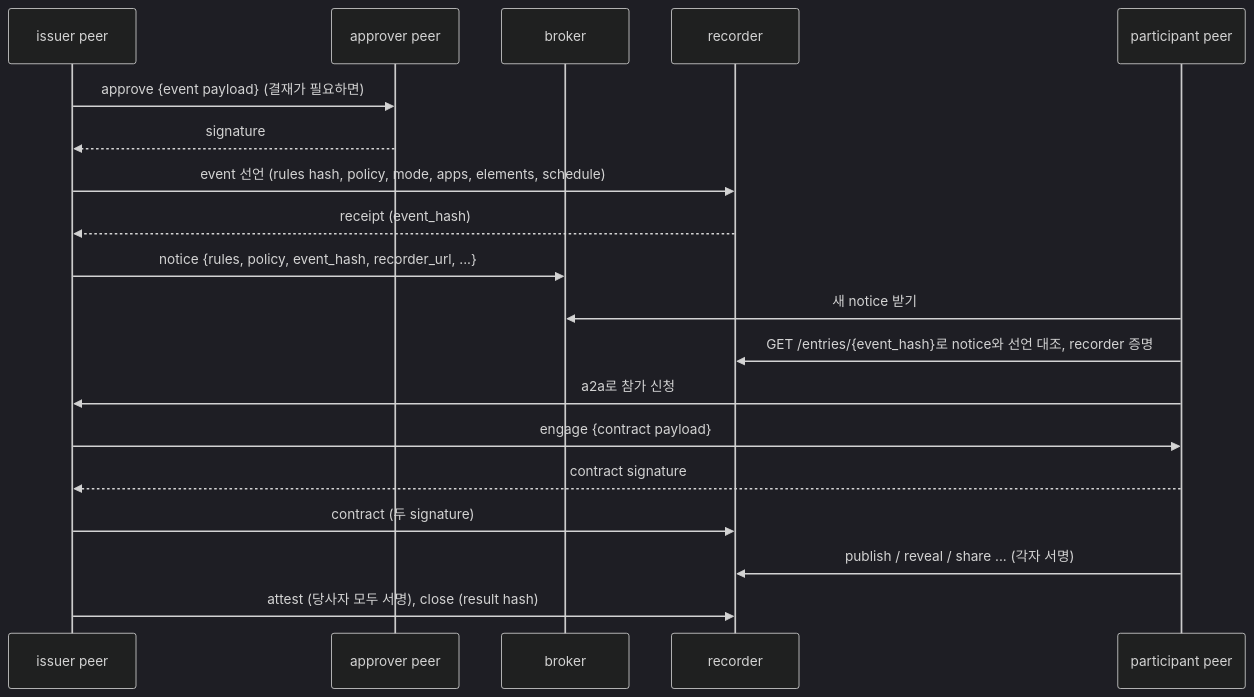
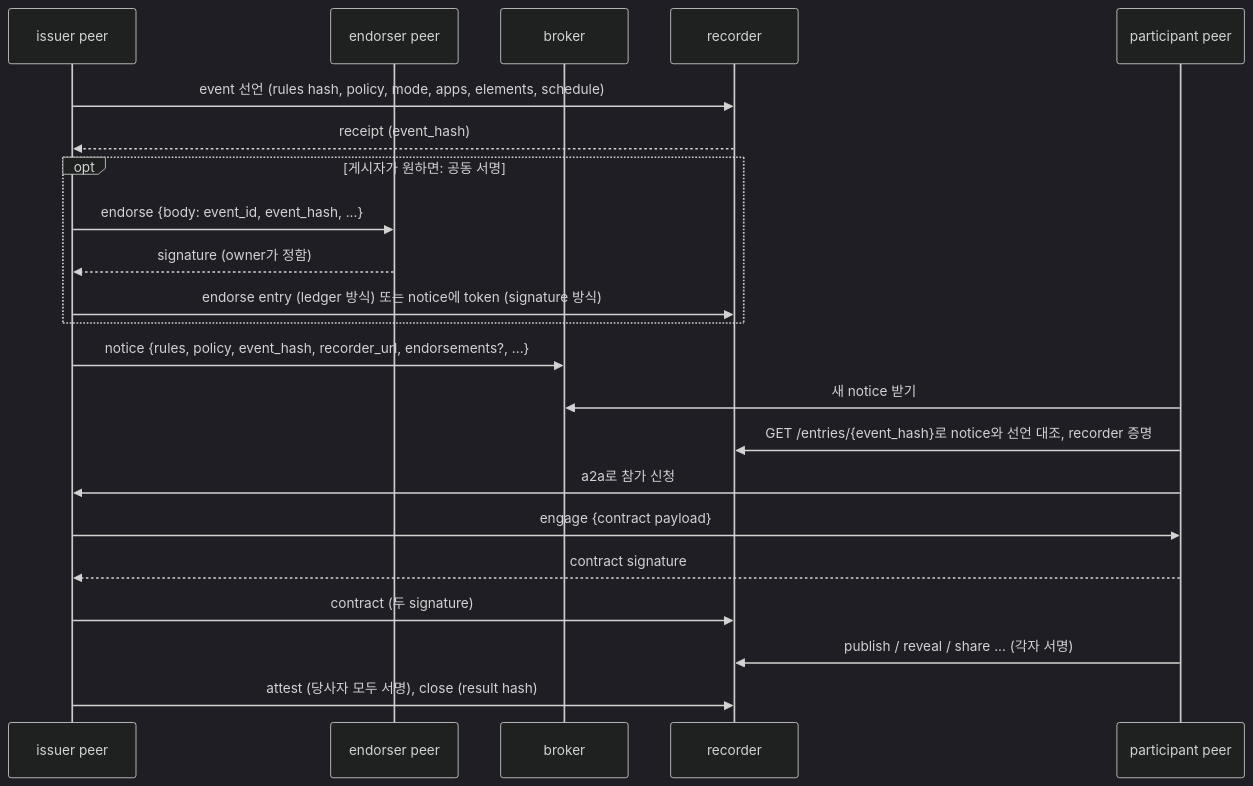
Diagram 16 of 33 in docs/education.md (tanminkwan/share-ur-tokens), drawn with Mermaid (dark theme) before and after one commit. The commit also changed other lines of this file and 43 other files, not shown here.

````diff
--- a/docs/education.md
+++ b/docs/education.md
@@ -419,21 +419,24 @@
 ```mermaid
 sequenceDiagram
     participant I as issuer peer
-    participant AP as approver peer
+    participant E as endorser peer
     participant B as broker
     participant R as recorder
     participant J as participant peer
-    I->>AP: approve {event payload} (결재가 필요하면)
-    AP-->>I: signature
     I->>R: event 선언 (rules hash, policy, mode, apps, elements, schedule)
     R-->>I: receipt (event_hash)
-    I->>B: notice {rules, policy, event_hash, recorder_url, ...}
+    opt 게시자가 원하면: 공동 서명
+        I->>E: endorse {body: event_id, event_hash, ...}
+        E-->>I: signature (owner가 정함)
+        I->>R: endorse entry (ledger 방식) 또는 notice에 token (signature 방식)
+    end
+    I->>B: notice {rules, policy, event_hash, recorder_url, endorsements?, ...}
     J->>B: 새 notice 받기
     J->>R: GET /entries/{event_hash}로 notice와 선언 대조, recorder 증명
     J->>I: a2a로 참가 신청
     I->>J: engage {contract payload}
     J-->>I: contract signature
     I->>R: contract (두 signature)
     J->>R: publish / reveal / share ... (각자 서명)
     I->>R: attest (당사자 모두 서명), close (result hash)
 ```
````
